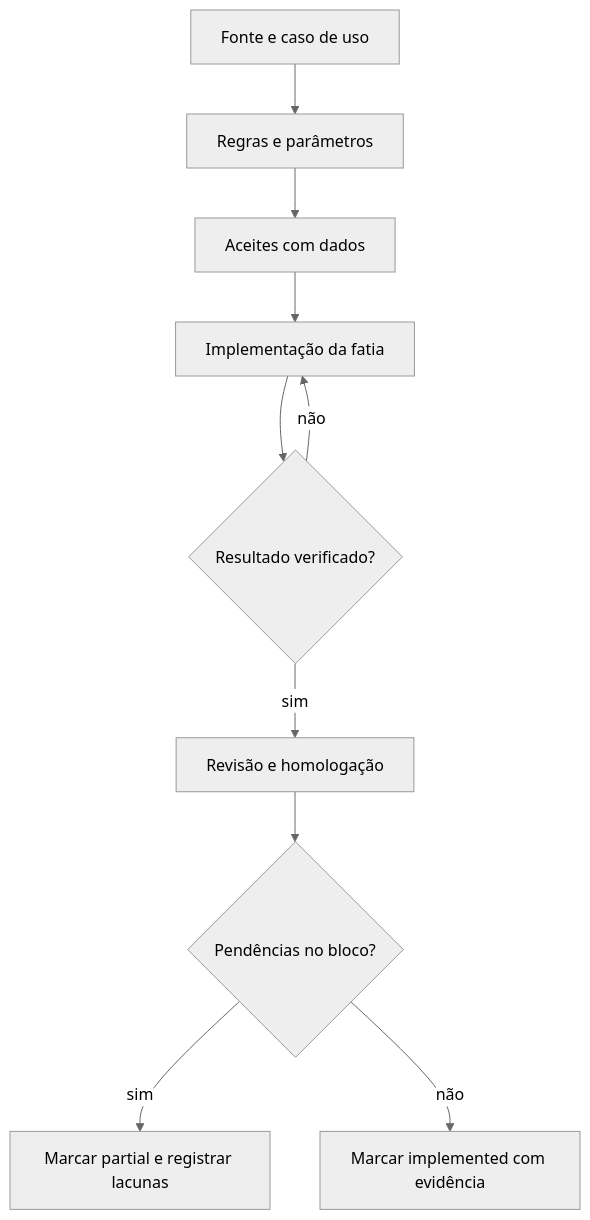
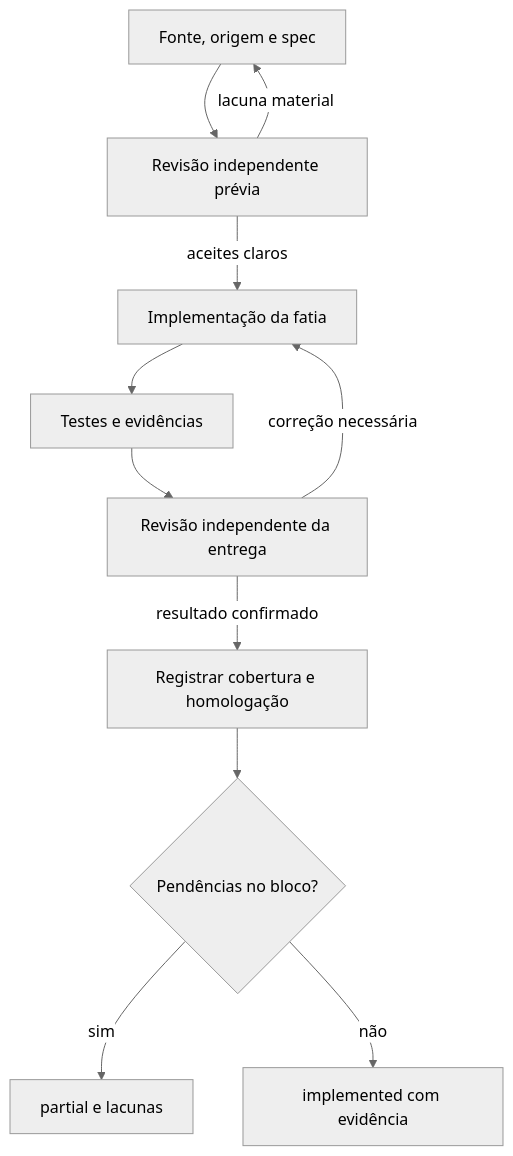
One commit to ItamarJuniorDEV/system-test changed the diagram in docs/planos/ordem-de-implementacao.md. Above: the diagram before and after it, drawn with Mermaid (neutral theme). The commit also changed other lines of this file and 14 other files, not shown here.

First line of the commit message:
feat: comparar revisão executiva com itens contratados

````diff
--- a/docs/planos/ordem-de-implementacao.md
+++ b/docs/planos/ordem-de-implementacao.md
@@ -25,12 +45,13 @@
 ```mermaid
 flowchart TB
-  F["Fonte e caso de uso"] --> R["Regras e parâmetros"]
-  R --> A["Aceites com dados"]
-  A --> I["Implementação da fatia"]
-  I --> V{"Resultado verificado?"}
-  V -->|"não"| I
-  V -->|"sim"| H["Revisão e homologação"]
-  H --> D{"Pendências no bloco?"}
-  D -->|"sim"| P["Marcar partial e registrar lacunas"]
-  D -->|"não"| C["Marcar implemented com evidência"]
+  F["Fonte, origem e spec"] --> R["Revisão independente prévia"]
+  R -->|"lacuna material"| F
+  R -->|"aceites claros"| I["Implementação da fatia"]
+  I --> V["Testes e evidências"]
+  V --> H["Revisão independente da entrega"]
+  H -->|"correção necessária"| I
+  H -->|"resultado confirmado"| S["Registrar cobertura e homologação"]
+  S --> D{"Pendências no bloco?"}
+  D -->|"sim"| P["partial e lacunas"]
+  D -->|"não"| C["implemented com evidência"]
 ```
````
